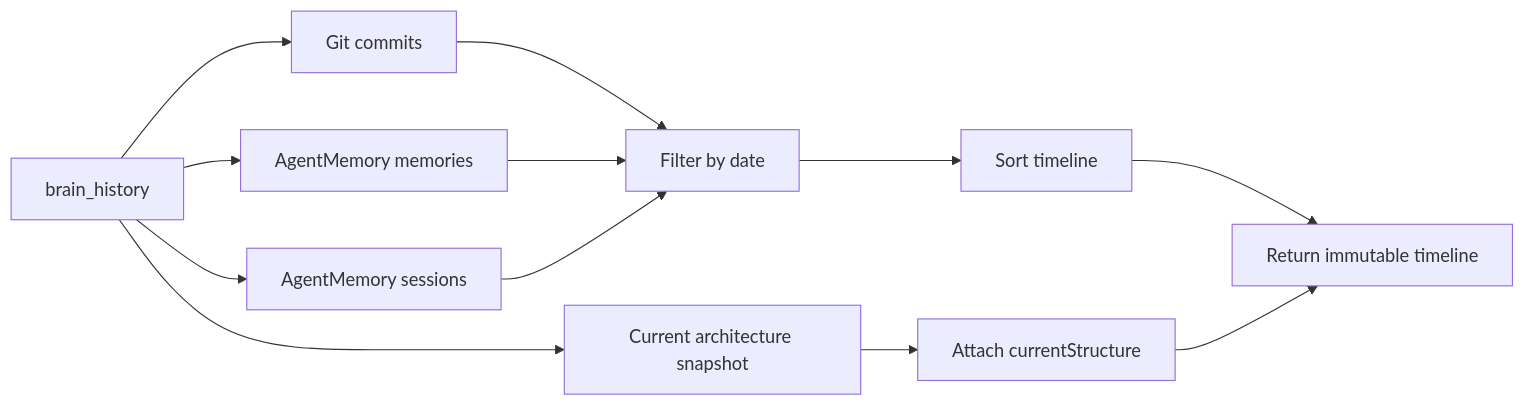
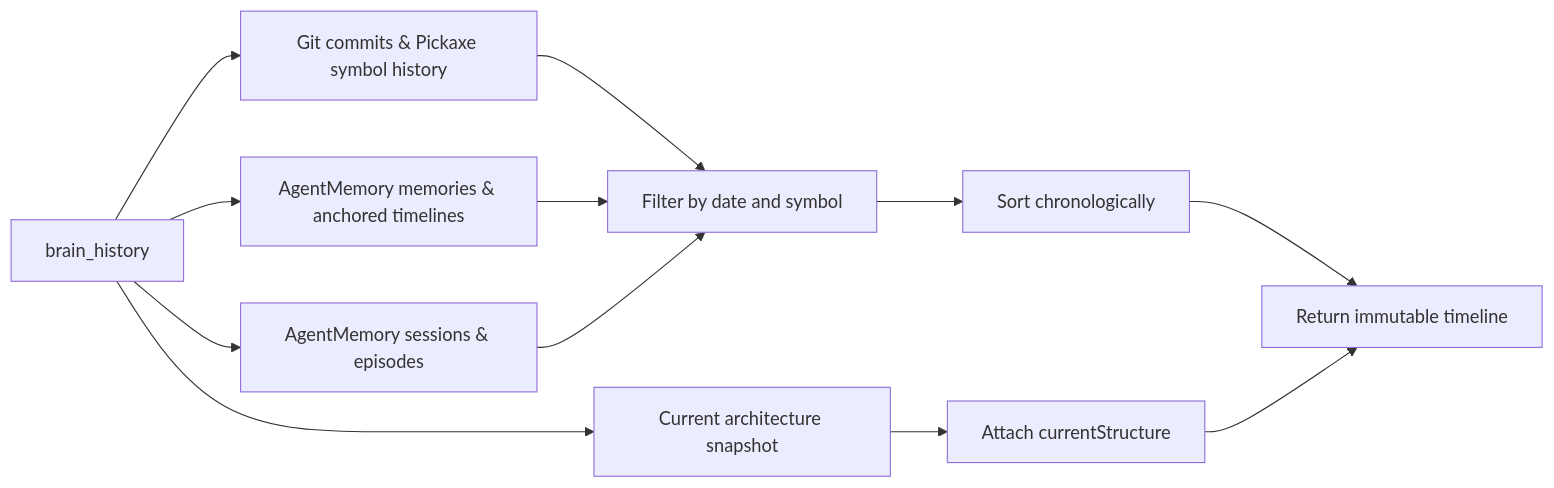
Before and after one commit to RaffaHr/mega-brain-mcp: the fifth of 10 diagrams in README.md, drawn with Mermaid. The commit also changed other lines of this file and 1 other file, not shown here.

````diff
--- a/README.md
+++ b/README.md
@@ -383,14 +393,14 @@
 ```mermaid
 flowchart LR
-  A["brain_history"] --> B["Git commits"]
-  A --> C["AgentMemory memories"]
-  A --> D["AgentMemory sessions"]
+  A["brain_history"] --> B["Git commits & Pickaxe symbol history"]
+  A --> C["AgentMemory memories & anchored timelines"]
+  A --> D["AgentMemory sessions & episodes"]
   A --> E["Current architecture snapshot"]
-  B --> F["Filter by date"]
+  B --> F["Filter by date and symbol"]
   C --> F
   D --> F
-  F --> G["Sort timeline"]
+  F --> G["Sort chronologically"]
   E --> H["Attach currentStructure"]
   G --> I["Return immutable timeline"]
   H --> I
 ```
````
